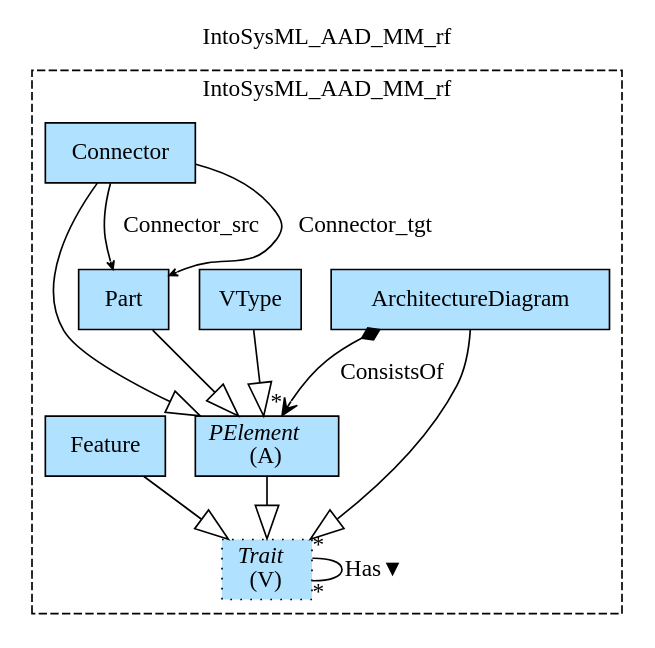
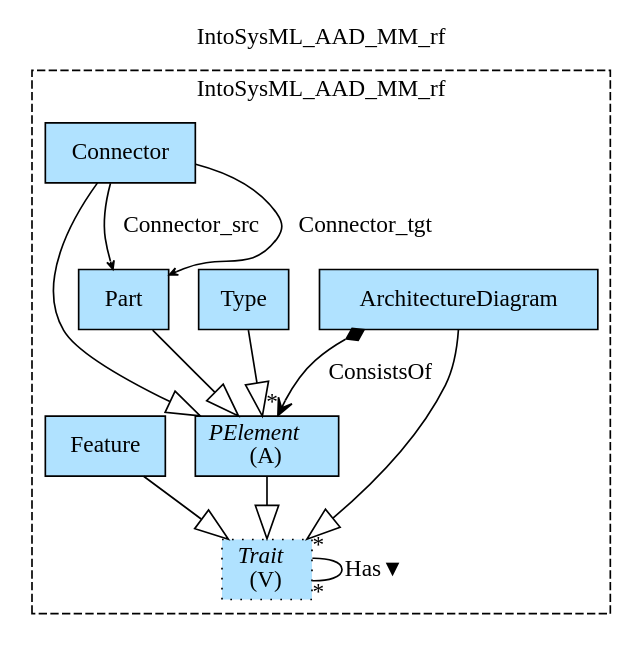
The diagram in Haskell/IntoSysML/MM/img/IntoSysML_AAD_MM_rf.gv (namalio/Fragmenta), drawn with Graphviz before and after one commit. The commit also changed 33 other files, not shown here.

```diff
--- a/Haskell/IntoSysML/MM/img/IntoSysML_AAD_MM_rf.gv
+++ b/Haskell/IntoSysML/MM/img/IntoSysML_AAD_MM_rf.gv
@@ -1,23 +1,23 @@
 digraph {graph[label=IntoSysML_AAD_MM_rf,labelloc=tl,labelfontsize=12];
 subgraph cluster_IntoSysML_AAD_MM_rf{style=dashed;label=IntoSysML_AAD_MM_rf;
 "ArchitectureDiagram"[shape=record,fillcolor=lightskyblue1,style = filled,label="ArchitectureDiagram"];
 "Trait"[shape=record,fillcolor=lightskyblue1,style ="filled,dotted",label=<{<I>Trait</I><br/>(V)}>];
 "PElement"[shape=record,fillcolor=lightskyblue1,style = filled,label=<{<I>PElement</I><br/>(A)}>];
-"VType"[shape=record,fillcolor=lightskyblue1,style = filled,label="VType"];
+"Type"[shape=record,fillcolor=lightskyblue1,style = filled,label="Type"];
 "Part"[shape=record,fillcolor=lightskyblue1,style = filled,label="Part"];
 "Connector"[shape=record,fillcolor=lightskyblue1,style = filled,label="Connector"];
 "Feature"[shape=record,fillcolor=lightskyblue1,style = filled,label="Feature"];
 
 "ArchitectureDiagram"->"PElement"[label="ConsistsOf",arrowhead=vee,arrowtail=diamond,dir=both,headlabel="*"];
 "Trait"->"Trait"[label="Has▼",dir=none,taillabel="*",headlabel="*"];
 "ArchitectureDiagram"->"Trait"[arrowhead=onormal,arrowsize=2.0];
 "PElement"->"Trait"[arrowhead=onormal,arrowsize=2.0];
 "Feature"->"Trait"[arrowhead=onormal,arrowsize=2.0];
 "Part"->"PElement"[arrowhead=onormal,arrowsize=2.0];
 "Connector"->"PElement"[arrowhead=onormal,arrowsize=2.0];
-"VType"->"PElement"[arrowhead=onormal,arrowsize=2.0];
+"Type"->"PElement"[arrowhead=onormal,arrowsize=2.0];
 "Connector"->"Part"[label="Connector_src",arrowhead=vee,headlabel="",arrowsize=.5];
 "Connector"->"Part"[label="Connector_tgt",arrowhead=vee,headlabel="",arrowsize=.5];
 
 }
 }
```
